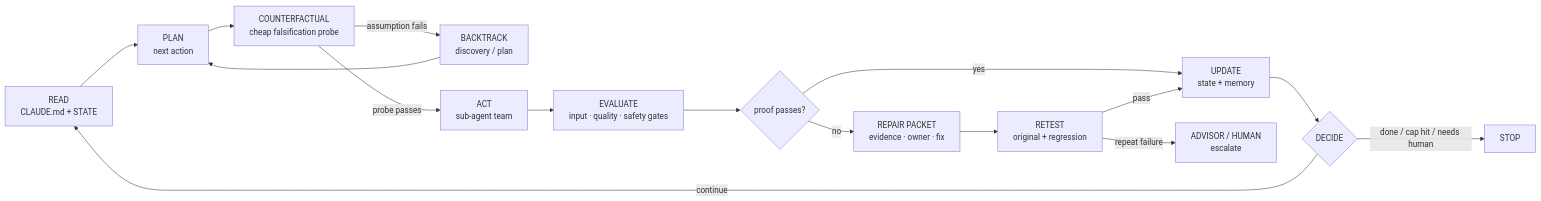
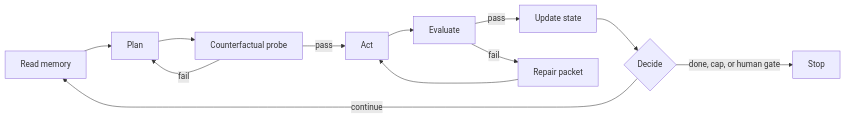
The diagram in README.md (Abdulaziz-almoshen/orbit), drawn with Mermaid before and after one commit. The commit also changed other lines of this file and 1 other file, not shown here.

````diff
--- a/README.md
+++ b/README.md
@@ -137,18 +38,14 @@
 ```mermaid
 flowchart LR
-    R["READ<br/>CLAUDE.md + STATE"] --> P["PLAN<br/>next action"]
-    P --> C["COUNTERFACTUAL<br/>cheap falsification probe"]
-    C -->|assumption fails| B["BACKTRACK<br/>discovery / plan"]
-    B --> P
-    C -->|probe passes| A["ACT<br/>sub-agent team"]
-    A --> E["EVALUATE<br/>input · quality · safety gates"]
-    E --> G{"proof passes?"}
-    G -->|yes| U["UPDATE<br/>state + memory"]
-    G -->|no| F["REPAIR PACKET<br/>evidence · owner · fix"]
-    F --> T["RETEST<br/>original + regression"]
-    T -->|pass| U
-    T -->|repeat failure| H["ADVISOR / HUMAN<br/>escalate"]
-    U --> D{"DECIDE"}
+    R["Read memory"] --> P["Plan"]
+    P --> C["Counterfactual probe"]
+    C -->|pass| A["Act"]
+    C -->|fail| P
+    A --> E["Evaluate"]
+    E -->|pass| U["Update state"]
+    E -->|fail| F["Repair packet"]
+    F --> A
+    U --> D{"Decide"}
     D -->|continue| R
-    D -->|done / cap hit / needs human| X["STOP"]
+    D -->|done, cap, or human gate| X["Stop"]
 ```
````
